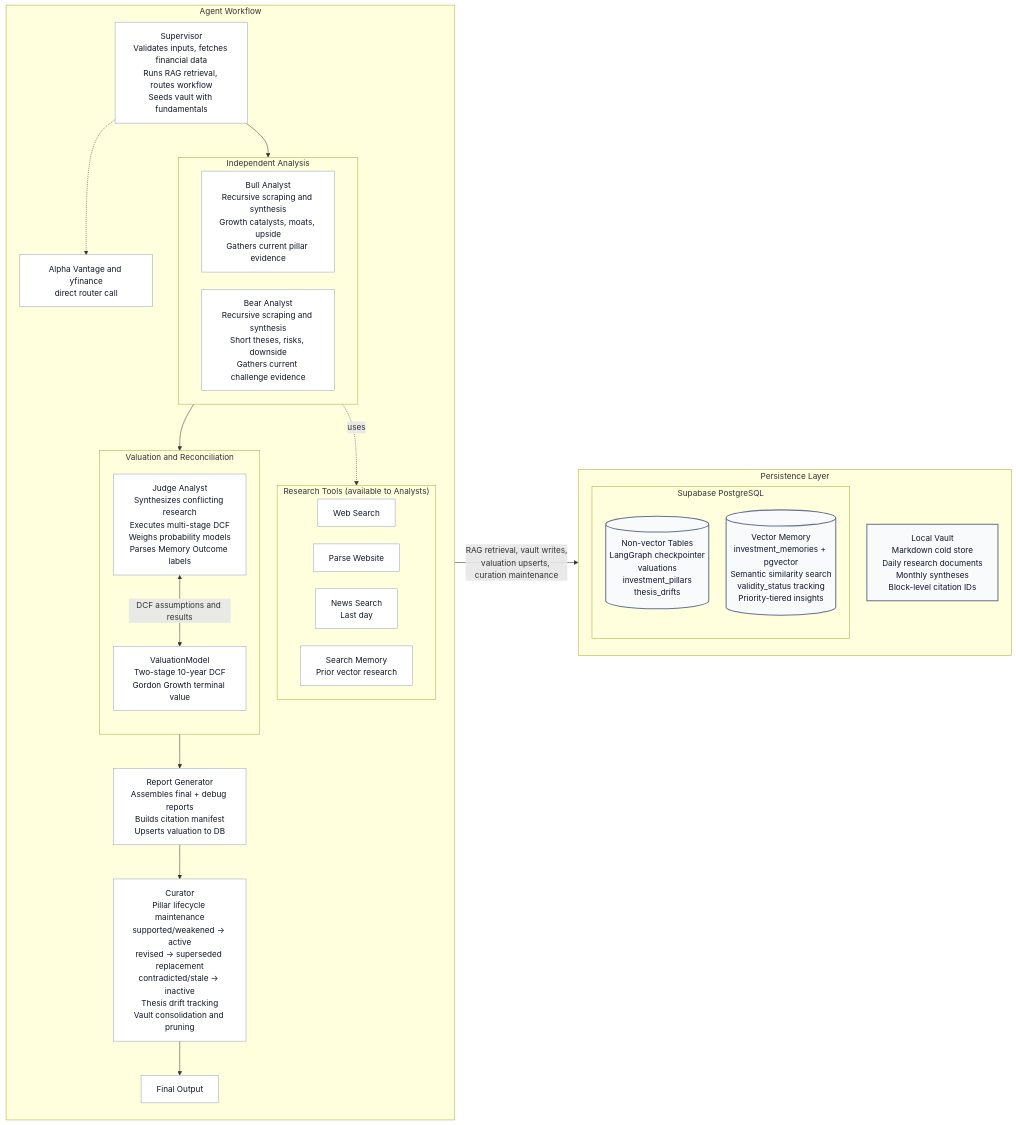
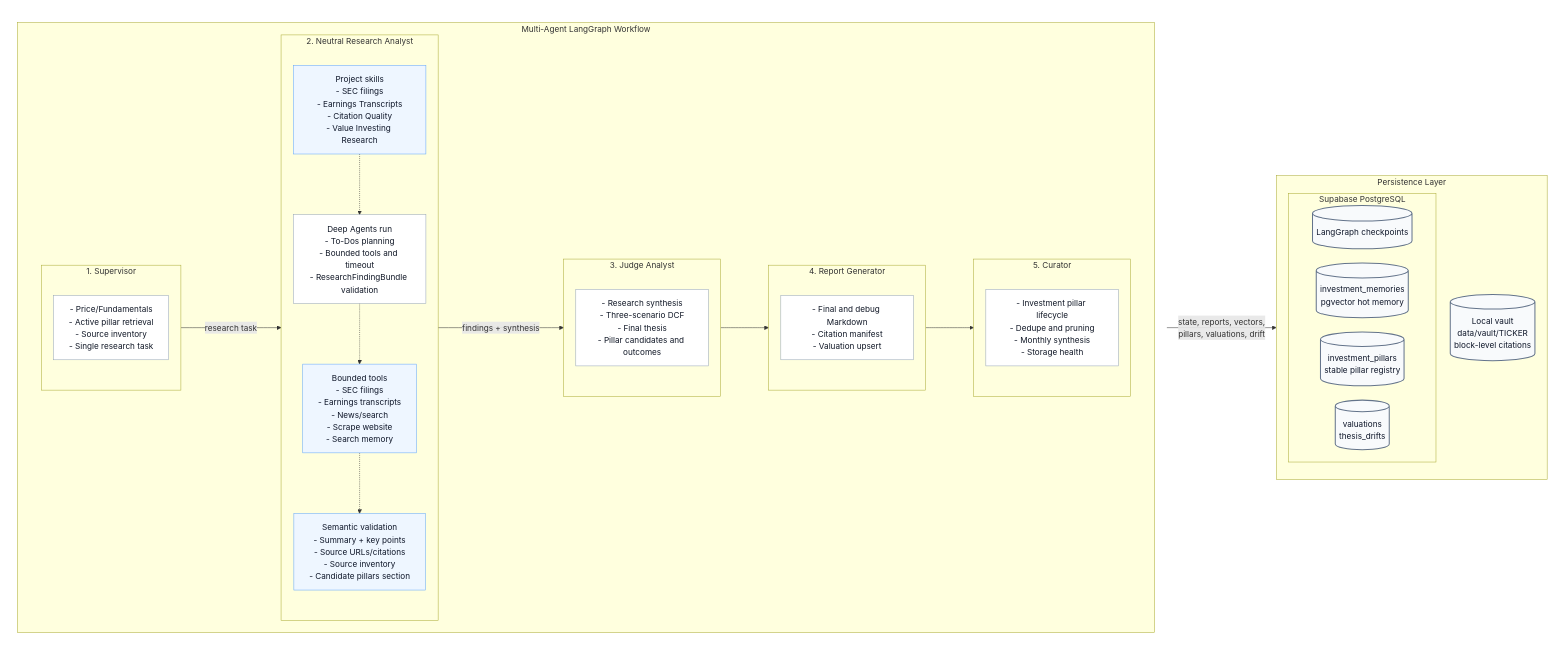
The first of 2 diagrams in README.md (Cocopuffff/valuebrief), drawn with Mermaid before and after one commit. The commit also changed other lines of this file and 39 other files, not shown here.

First line of the commit message:
feat: add resilient Deep Agents research workflow

````diff
--- a/README.md
+++ b/README.md
@@ -24,60 +27,71 @@
 ```mermaid
-%%{init: {"flowchart": {"curve": "basis", "nodeSpacing": 34, "rankSpacing": 42}} }%%
+%%{init: {"flowchart": {"curve": "basis", "nodeSpacing": 28, "rankSpacing": 44}} }%%
 flowchart LR
-    subgraph WORKFLOW["Agent Workflow"]
+    subgraph FLOW[" "]
         direction TB
-        S[Supervisor<br/>Validates inputs, fetches financial data<br/>Runs RAG retrieval, routes workflow<br/>Seeds vault with fundamentals]
 
-        subgraph ANALYSIS["Independent Analysis"]
+        subgraph AGENTS["Multi-Agent LangGraph Workflow"]
             direction LR
-            BA[Bull Analyst<br/>Recursive scraping and synthesis<br/>Growth catalysts, moats, upside<br/>Gathers current pillar evidence]
-            BE[Bear Analyst<br/>Recursive scraping and synthesis<br/>Short theses, risks, downside<br/>Gathers current challenge evidence]
+
+            subgraph A1["1. Supervisor"]
+                direction TB
+                S[- Price/Fundamentals<br/>- Active pillar retrieval<br/>- Source inventory<br/>- Single research task]
+            end
+
+            subgraph A2["2. Neutral Research Analyst"]
+                direction TB
+                RA[Deep Agents run<br/>- To-Dos planning<br/>- Bounded tools and timeout<br/>- ResearchFindingBundle validation]
+                SK[Project skills<br/>- SEC filings<br/>- Earnings Transcripts<br/>- Citation Quality<br/>- Value Investing Research]
+                T[Bounded tools<br/>- SEC filings<br/>- Earnings transcripts<br/>- News/search<br/>- Scrape website<br/>- Search memory]
+                VLD[Semantic validation<br/>- Summary + key points<br/>- Source URLs/citations<br/>- Source inventory<br/>- Candidate pillars section]
+                SK -.-> RA
+                RA -.-> T
+                T -.-> VLD
+            end
+
+            subgraph A3["3. Judge Analyst"]
+                direction TB
+                J[- Research synthesis<br/>- Three-scenario DCF<br/>- Final thesis<br/>- Pillar candidates and outcomes]
+            end
+
+            subgraph A4["4. Report Generator"]
+                direction TB
+                R[- Final and debug Markdown<br/>- Citation manifest<br/>- Valuation upsert]
+            end
+
+            subgraph A5["5. Curator"]
+                direction TB
+                C[- Investment pillar lifecycle<br/>- Dedupe and pruning<br/>- Monthly synthesis<br/>- Storage health]
+            end
+
+            A1 -->|research task| A2
+            A2 -->|findings + synthesis| A3
+            A3 --> A4
+            A4 --> A5
         end
-
-        subgraph TOOLS["Research Tools (available to Analysts)"]
-            direction LR
-            WS[Web Search]
-            PW[Parse Website]
-            NS[News Search<br/>Last day]
-            SM[Search Memory<br/>Prior vector research]
-        end
-
-        subgraph VALUATION["Valuation and Reconciliation"]
-            direction TB
-            J[Judge Analyst<br/>Synthesizes conflicting research<br/>Executes multi-stage DCF<br/>Weighs probability models<br/>Parses Memory Outcome labels]
-            VM[ValuationModel<br/>Two-stage 10-year DCF<br/>Gordon Growth terminal value]
-            J <-->|DCF assumptions and results| VM
-        end
-
-        R[Report Generator<br/>Assembles final + debug reports<br/>Builds citation manifest<br/>Upserts valuation to DB]
-        C[Curator<br/>Pillar lifecycle maintenance<br/>supported/weakened → active<br/>revised → superseded replacement<br/>contradicted/stale → inactive<br/>Thesis drift tracking<br/>Vault consolidation and pruning]
-        AVYF[Alpha Vantage and yfinance<br/>direct router call]
-        DONE[Final Output]
-
-        S --> ANALYSIS
-        ANALYSIS -.->|uses| TOOLS
-        ANALYSIS --> VALUATION
-        VALUATION --> R
-        R --> C
-        C --> DONE
-        S -.-> AVYF
     end
 
     subgraph PERSIST["Persistence Layer"]
         direction TB
-        V[Local Vault<br/>Markdown cold store<br/>Daily research documents<br/>Monthly syntheses<br/>Block-level citation IDs]
-
+        VAULT[(Local vault<br/>data/vault/TICKER<br/>block-level citations)]
         subgraph PG["Supabase PostgreSQL"]
-            direction TB
-            DB[(Non-vector Tables<br/>LangGraph checkpointer<br/>valuations<br/>investment_pillars<br/>thesis_drifts)]
-            VMEM[(Vector Memory<br/>investment_memories + pgvector<br/>Semantic similarity search<br/>validity_status tracking<br/>Priority-tiered insights)]
+            direction LR
+            CP[(LangGraph checkpoints)]
+            MEM[(investment_memories<br/>pgvector hot memory)]
+            PILLARS[(investment_pillars<br/>stable pillar registry)]
+            VAL[(valuations<br/>thesis_drifts)]
         end
     end
 
-    WORKFLOW -->|RAG retrieval, vault writes,<br/>valuation upserts, curation maintenance| PERSIST
+    FLOW -->|state, reports, vectors,<br/>pillars, valuations, drift| PERSIST
+    style FLOW fill:none,stroke:none,color:transparent
 
     classDef workflow fill:#ffffff,stroke:#94a3b8,stroke-width:1px,color:#111827
     classDef store fill:#f8fafc,stroke:#64748b,stroke-width:2px,color:#0f172a
-    class S,BA,BE,WS,PW,NS,SM,J,VM,R,C,AVYF,DONE workflow
-    class V,DB,VMEM store
+    classDef runtime fill:#eef6ff,stroke:#60a5fa,stroke-width:1px,color:#0f172a
+    classDef external fill:#f7fee7,stroke:#84cc16,stroke-width:1px,color:#0f172a
+    class S,RA,J,R,C,START,DONE workflow
+    class SK,T,VLD runtime
+    class FD,SEC,WEB external
+    class CP,VAULT,MEM,PILLARS,VAL store
 ```
````
